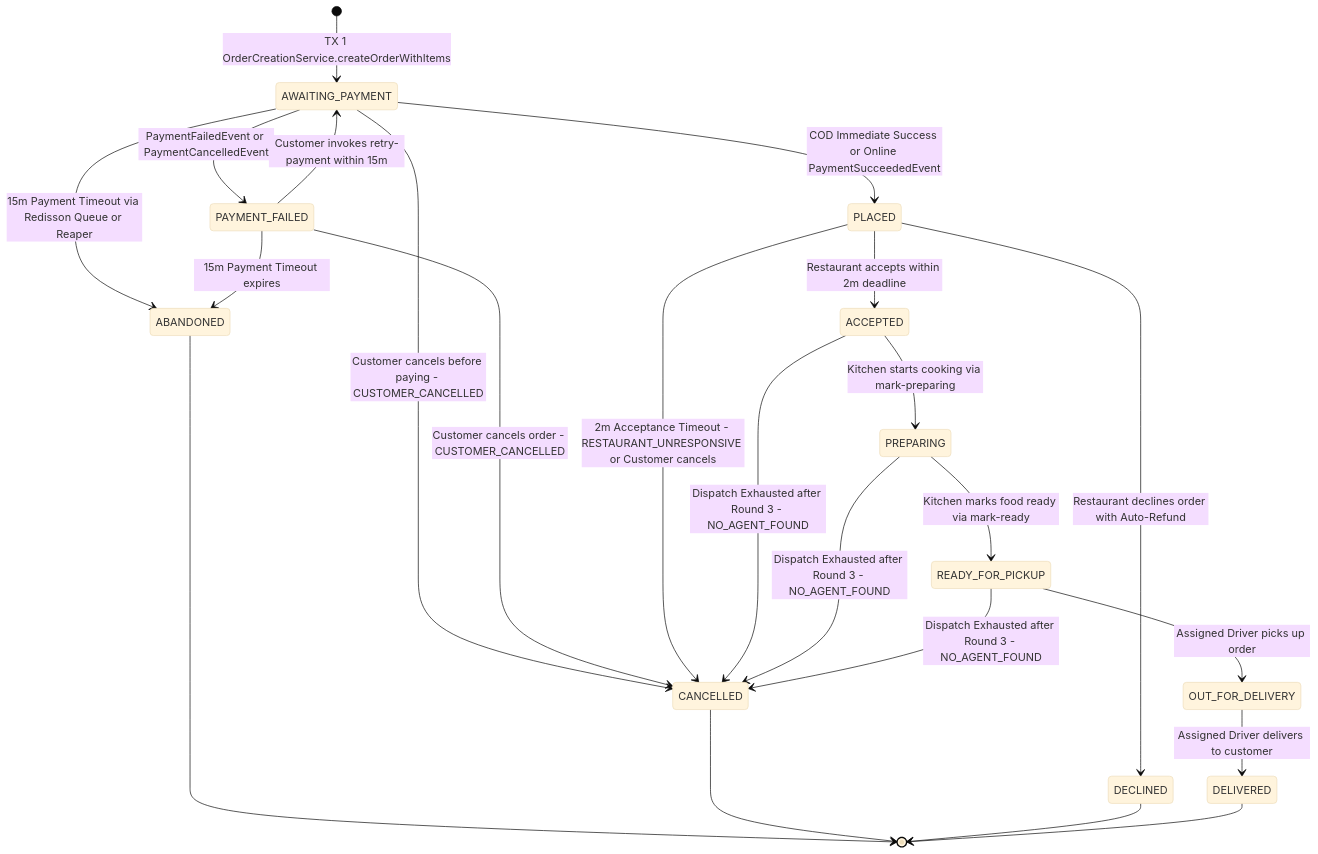
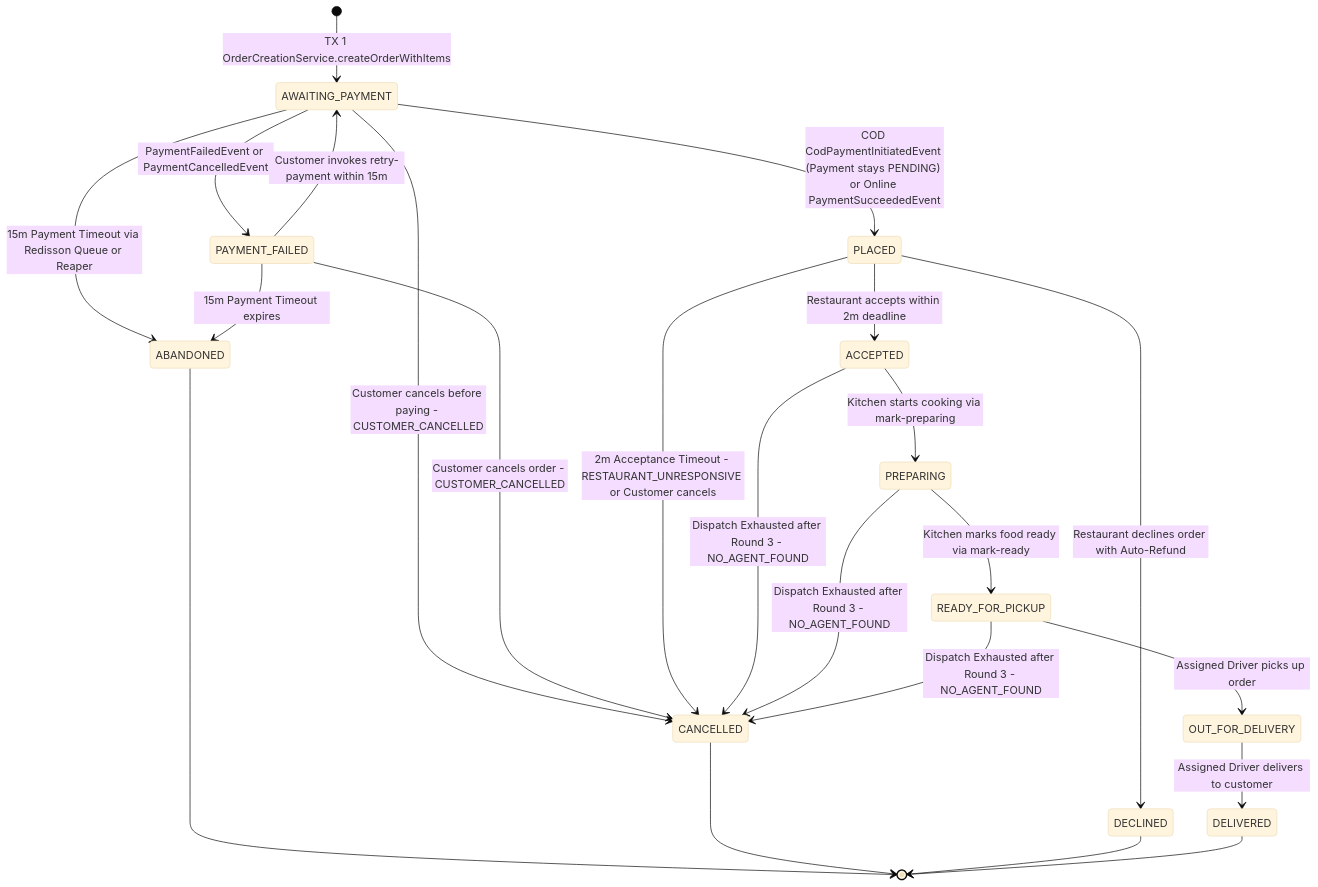
The second of 7 diagrams in docs/order-process.md (eshant52/quickbite-backend), drawn with Mermaid (base theme) before and after one commit. The commit also changed other lines of this file and 36 other files, not shown here.

First line of the commit message:
docs: update architecture guides, benchmark tooling, and Postman collections

````diff
--- a/docs/order-process.md
+++ b/docs/order-process.md
@@ -233,33 +233,33 @@
 ```mermaid
 stateDiagram-v2
     [*] --> AWAITING_PAYMENT: TX 1 OrderCreationService.createOrderWithItems
 
-    AWAITING_PAYMENT --> PLACED: COD Immediate Success or Online PaymentSucceededEvent
+    AWAITING_PAYMENT --> PLACED: COD CodPaymentInitiatedEvent (Payment stays PENDING) or Online PaymentSucceededEvent
     AWAITING_PAYMENT --> PAYMENT_FAILED: PaymentFailedEvent or PaymentCancelledEvent
     AWAITING_PAYMENT --> ABANDONED: 15m Payment Timeout via Redisson Queue or Reaper
     AWAITING_PAYMENT --> CANCELLED: Customer cancels before paying - CUSTOMER_CANCELLED
 
     PAYMENT_FAILED --> AWAITING_PAYMENT: Customer invokes retry-payment within 15m
     PAYMENT_FAILED --> ABANDONED: 15m Payment Timeout expires
     PAYMENT_FAILED --> CANCELLED: Customer cancels order - CUSTOMER_CANCELLED
 
     PLACED --> ACCEPTED: Restaurant accepts within 2m deadline
     PLACED --> DECLINED: Restaurant declines order with Auto-Refund
     PLACED --> CANCELLED: 2m Acceptance Timeout - RESTAURANT_UNRESPONSIVE or Customer cancels
 
     ACCEPTED --> PREPARING: Kitchen starts cooking via mark-preparing
     ACCEPTED --> CANCELLED: Dispatch Exhausted after Round 3 - NO_AGENT_FOUND
 
     PREPARING --> READY_FOR_PICKUP: Kitchen marks food ready via mark-ready
     PREPARING --> CANCELLED: Dispatch Exhausted after Round 3 - NO_AGENT_FOUND
 
     READY_FOR_PICKUP --> OUT_FOR_DELIVERY: Assigned Driver picks up order
     READY_FOR_PICKUP --> CANCELLED: Dispatch Exhausted after Round 3 - NO_AGENT_FOUND
 
     OUT_FOR_DELIVERY --> DELIVERED: Assigned Driver delivers to customer
 
     ABANDONED --> [*]
     CANCELLED --> [*]
     DECLINED --> [*]
     DELIVERED --> [*]
 ```
````
